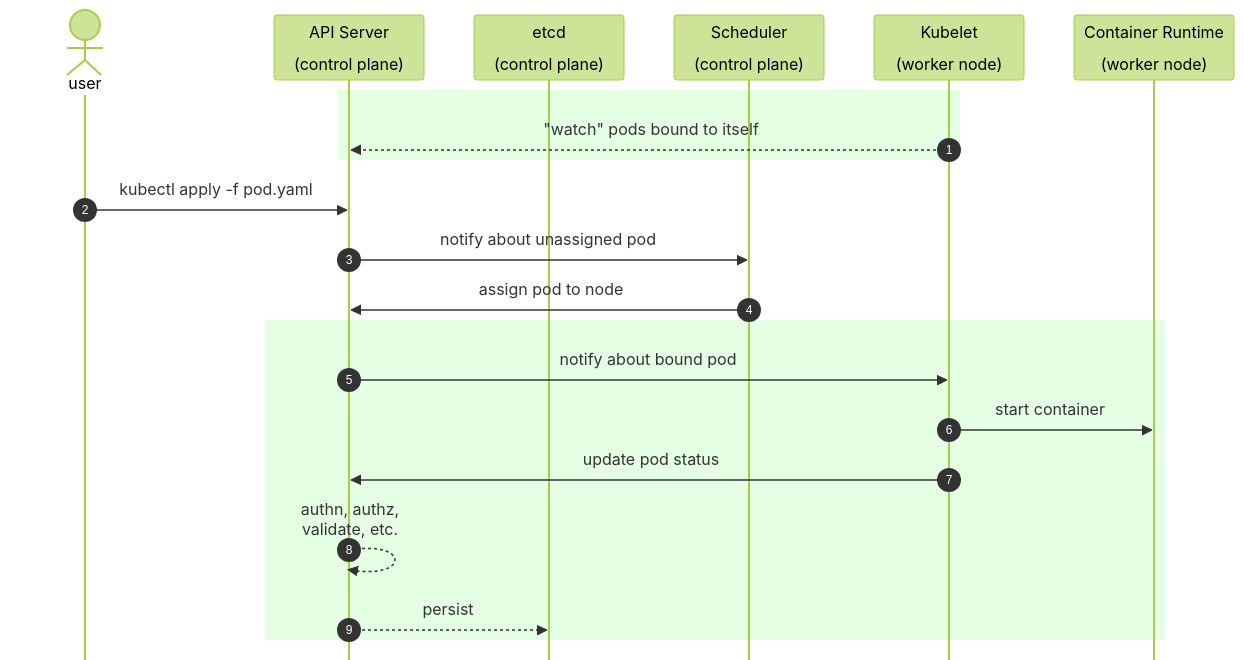
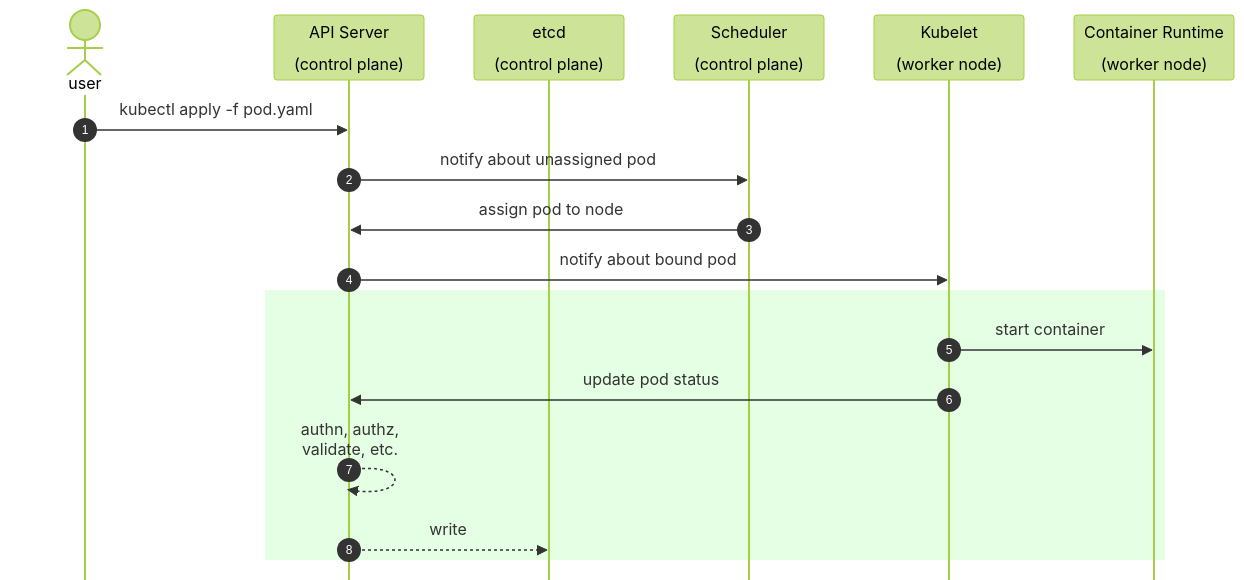
One commit to ndrpnt/slides changed diagram 12 of 13 in tlak/slides.md. Above: the diagram before and after it, drawn with Mermaid (forest theme). The commit also changed other lines of this file, not shown here.

````diff
--- a/tlak/slides.md
+++ b/tlak/slides.md
@@ -554,24 +656,21 @@
 ```mermaid {scale: 0.66}
 %%{init:{"mirrorActors": false, "showSequenceNumbers": true}}%%
 sequenceDiagram
     actor user
     participant api as API Server<br><br>(control plane)
     participant etcd as etcd<br><br>(control plane)
     participant scheduler as Scheduler<br><br>(control plane)
     participant kubelet as Kubelet<br><br>(worker node)
     participant runtime as Container Runtime<br><br>(worker node)
 
-    rect rgba(0, 255, 0, .1)
-      kubelet-->>api: "watch" pods bound to itself
-    end
     user->>api: kubectl apply -f pod.yaml
     api->>scheduler: notify about unassigned pod
     scheduler->>api: assign pod to node
+    api->>kubelet: notify about bound pod
     rect rgba(0, 255, 0, .1)
-      api->>kubelet: notify about bound pod
       kubelet->>runtime: start container
       kubelet->>api: update pod status
       api-->>api: authn, authz,<br>validate, etc.
-      api-->>etcd: persist
+      api-->>etcd: write
     end
 ```
````
